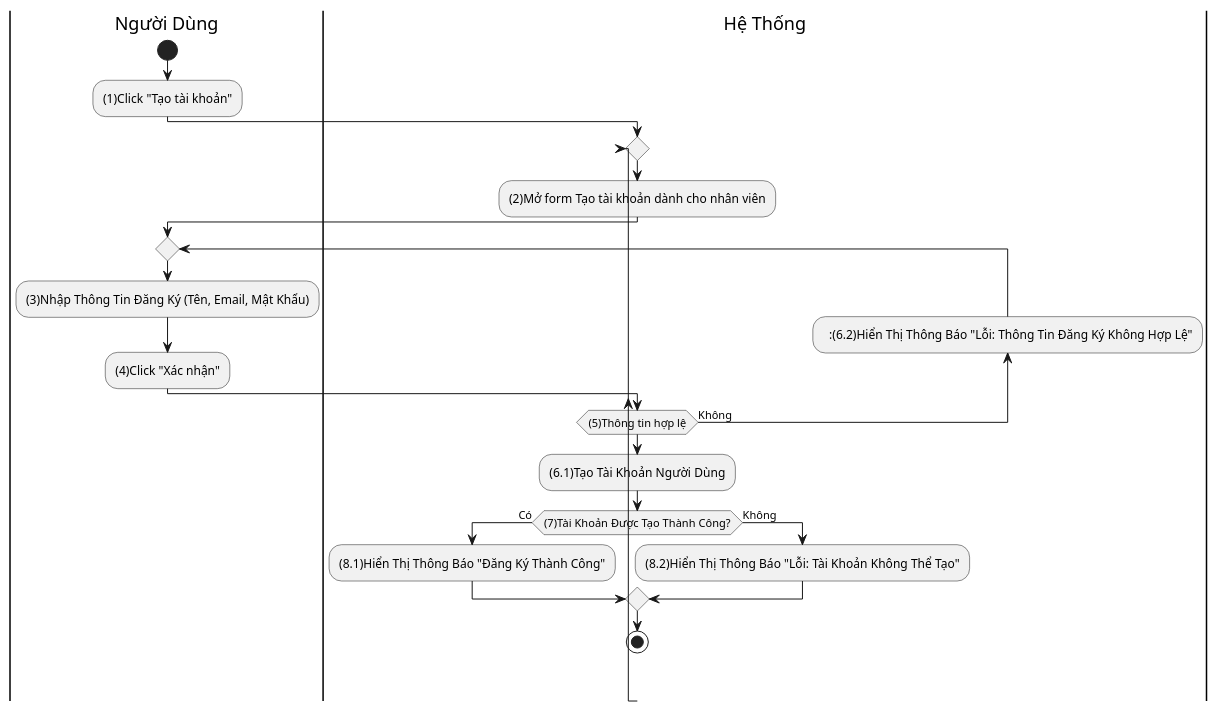
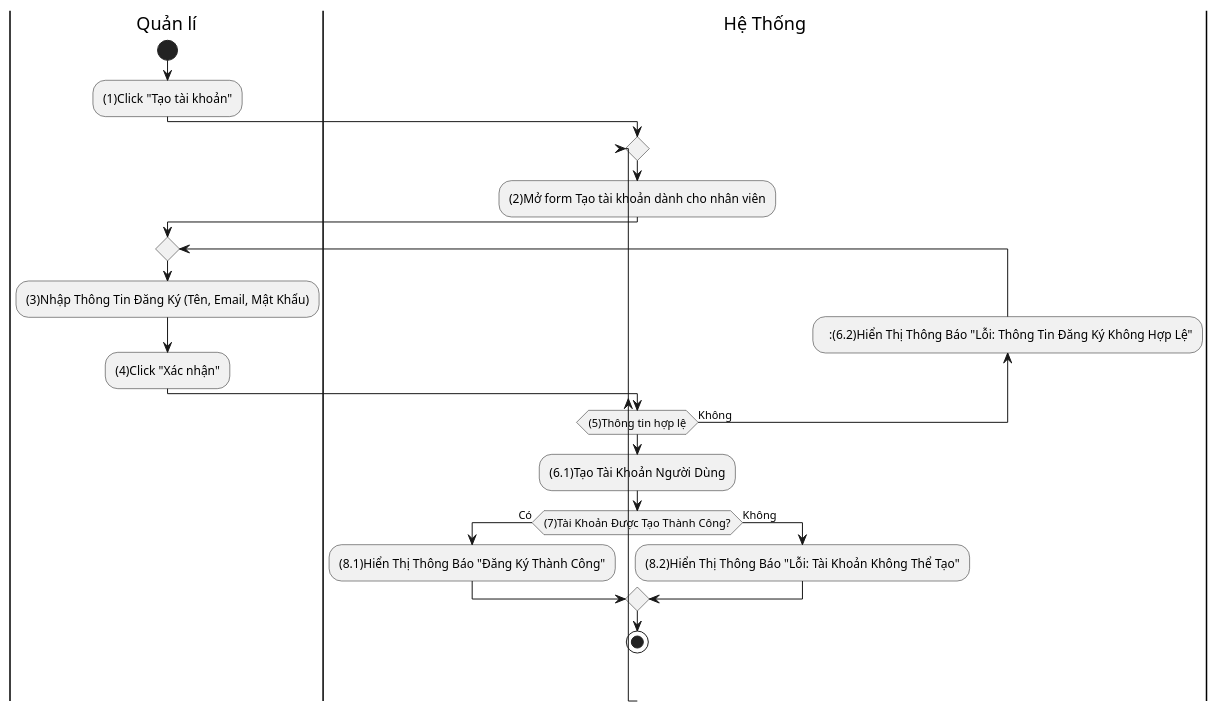
Before and after one commit to phutuctran/SE357-Pratice-class: the diagram in Lab1/Lab1.2/Activity/UC1.AC1 Đăng ký (Nhân viên).plantuml, drawn with PlantUML. The commit also changed 103 other files, not shown here.

Commit message:
update sequence diagram

```diff
--- a/Lab1/Lab1.2/Activity/UC1.AC1 Đăng ký (Nhân viên).plantuml
+++ b/Lab1/Lab1.2/Activity/UC1.AC1 Đăng ký (Nhân viên).plantuml
@@ -1,22 +1,22 @@
 @startuml
-|Người Dùng|
+|Quản lí|
 start
 :(1)Click "Tạo tài khoản";
 |Hệ Thống|
 repeat
   :(2)Mở form Tạo tài khoản dành cho nhân viên;
-  |Người Dùng|
+  |Quản lí|
   repeat 
   :(3)Nhập Thông Tin Đăng Ký (Tên, Email, Mật Khẩu);
   :(4)Click "Xác nhận";
   |Hệ Thống|
   backward:  :(6.2)Hiển Thị Thông Báo "Lỗi: Thông Tin Đăng Ký Không Hợp Lệ";
   repeat while ((5)Thông tin hợp lệ) is (Không)
   :(6.1)Tạo Tài Khoản Người Dùng;
   if ((7)Tài Khoản Được Tạo Thành Công?) then (Có)
     :(8.1)Hiển Thị Thông Báo "Đăng Ký Thành Công";
   else (Không)
     :(8.2)Hiển Thị Thông Báo "Lỗi: Tài Khoản Không Thể Tạo";
   endif
   stop
 @enduml
```
